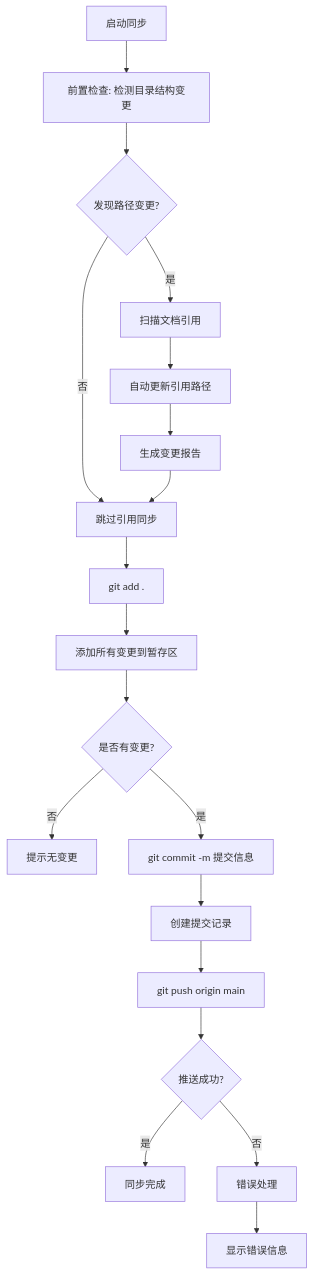
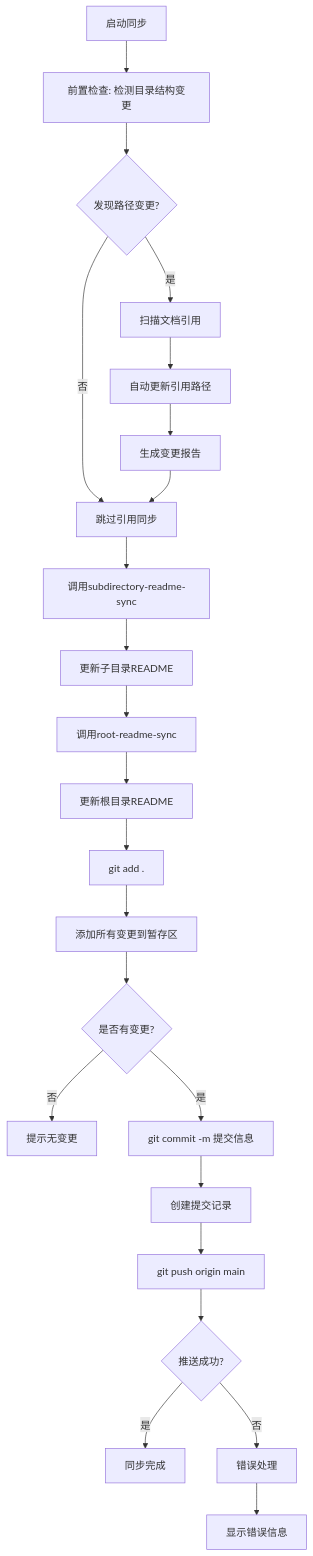
Before and after one commit to ZEN-VOID/ZTL-digital-operations-center: the diagram in .claude/commands/github-pull.md, drawn with Mermaid. The commit also changed other lines of this file and 81 other files, not shown here.

````diff
--- a/.claude/commands/github-pull.md
+++ b/.claude/commands/github-pull.md
@@ -270,21 +396,25 @@
 ```mermaid
 graph TD
     A[启动同步] --> B[前置检查: 检测目录结构变更]
     B --> C{发现路径变更?}
     C -->|是| D[扫描文档引用]
     C -->|否| G[跳过引用同步]
     D --> E[自动更新引用路径]
     E --> F[生成变更报告]
     F --> G
-    G --> H[git add .]
-    H --> I[添加所有变更到暂存区]
-    I --> J{是否有变更?}
-    J -->|否| K[提示无变更]
-    J -->|是| L[git commit -m 提交信息]
-    L --> M[创建提交记录]
-    M --> N[git push origin main]
-    N --> O{推送成功?}
-    O -->|是| P[同步完成]
-    O -->|否| Q[错误处理]
-    Q --> R[显示错误信息]
+    G --> H[调用subdirectory-readme-sync]
+    H --> I[更新子目录README]
+    I --> J[调用root-readme-sync]
+    J --> K[更新根目录README]
+    K --> L[git add .]
+    L --> M[添加所有变更到暂存区]
+    M --> N{是否有变更?}
+    N -->|否| O[提示无变更]
+    N -->|是| P[git commit -m 提交信息]
+    P --> Q[创建提交记录]
+    Q --> R[git push origin main]
+    R --> S{推送成功?}
+    S -->|是| T[同步完成]
+    S -->|否| U[错误处理]
+    U --> V[显示错误信息]
 ```
````
